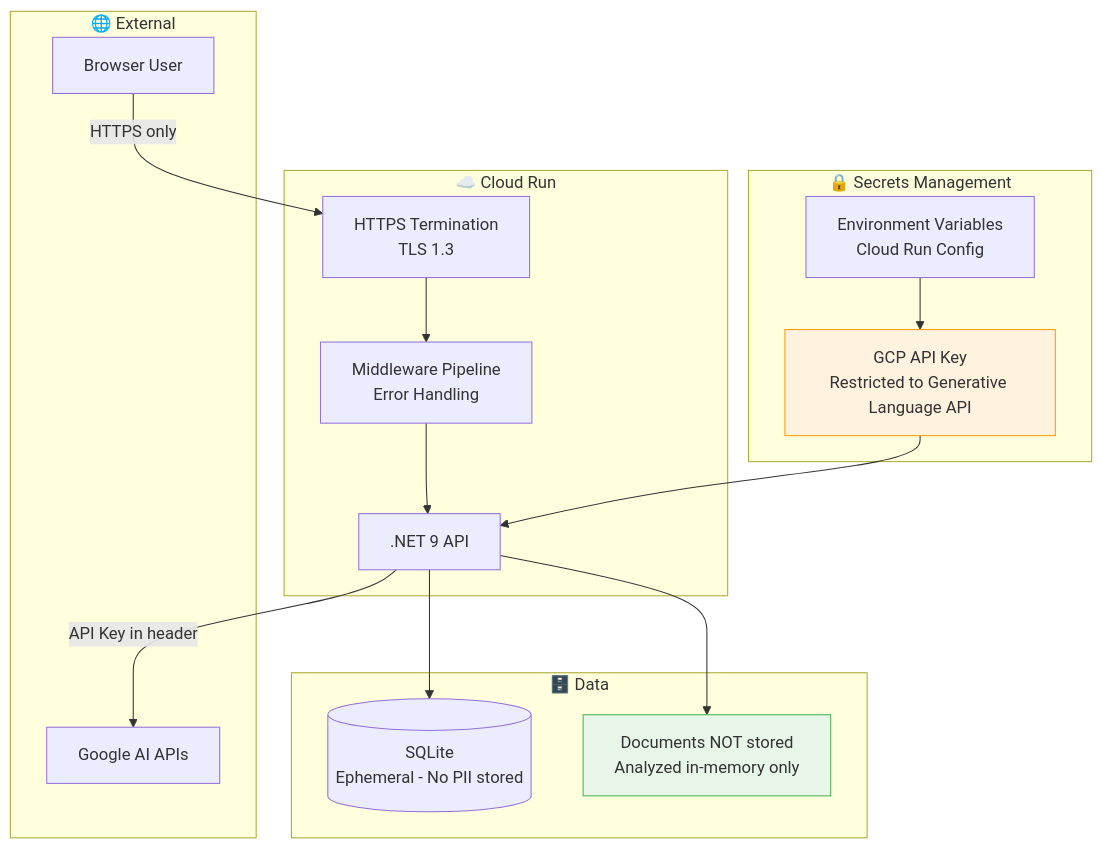
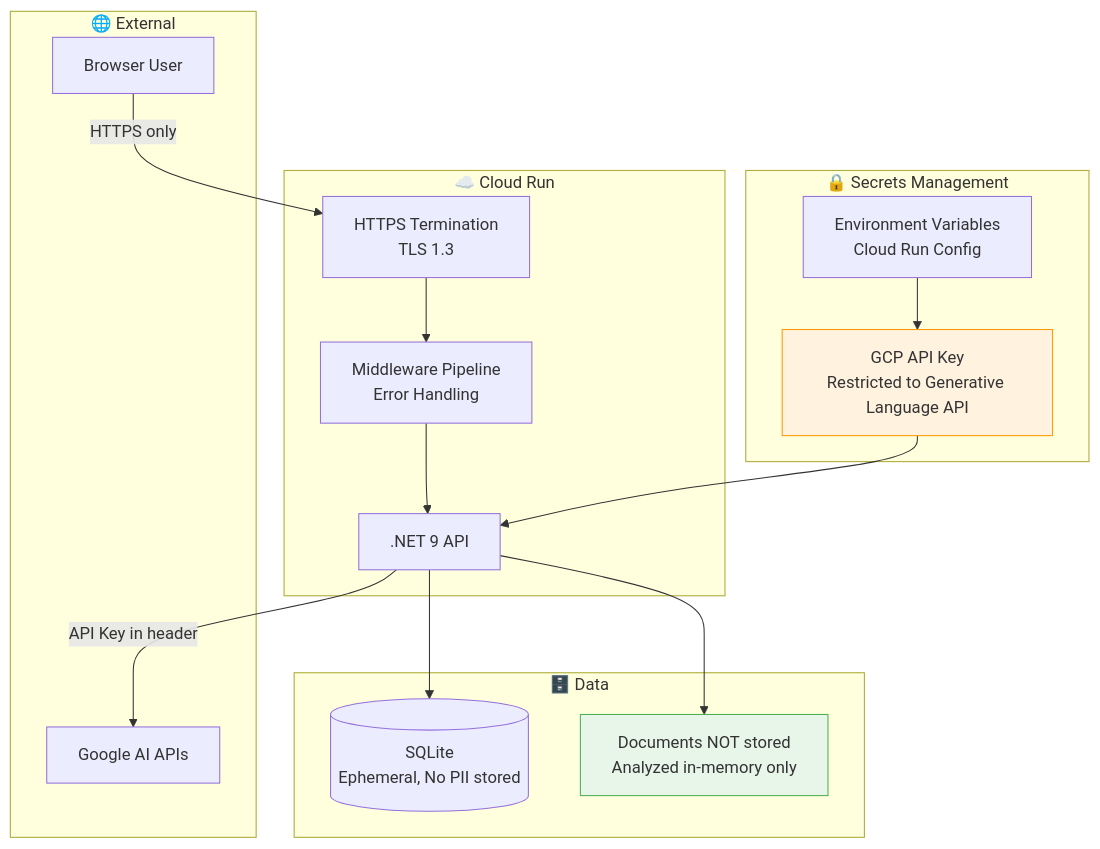
Before and after one commit to SahilShaikhStewart/StewartAI: the ninth of 10 diagrams in ARCHITECTURE_DESIGN.md, drawn with Mermaid. The commit also changed other lines of this file, not shown here.

Commit message:
Fix Mermaid diagram parse errors

````diff
--- a/ARCHITECTURE_DESIGN.md
+++ b/ARCHITECTURE_DESIGN.md
@@ -360,34 +360,34 @@
 ```mermaid
 flowchart TD
     subgraph External["🌐 External"]
         USER[Browser User]
         GAPI[Google AI APIs]
     end
 
     subgraph CloudRun["☁️ Cloud Run"]
         HTTPS[HTTPS Termination\nTLS 1.3]
         MW[Middleware Pipeline\nError Handling]
         API[.NET 9 API]
     end
 
     subgraph Secrets["🔒 Secrets Management"]
         ENV[Environment Variables\nCloud Run Config]
         APIKEY[GCP API Key\nRestricted to Generative Language API]
     end
 
     subgraph Data["🗄️ Data"]
-        DB[(SQLite\nEphemeral - No PII stored)]
+        DB[(SQLite\nEphemeral, No PII stored)]
         NODOC[Documents NOT stored\nAnalyzed in-memory only]
     end
 
     USER -->|HTTPS only| HTTPS
     HTTPS --> MW --> API
     API -->|API Key in header| GAPI
     ENV --> APIKEY
     APIKEY --> API
     API --> DB
     API --> NODOC
 
     style NODOC fill:#e8f5e9,stroke:#4caf50
     style APIKEY fill:#fff3e0,stroke:#ff9800
 ```
````
